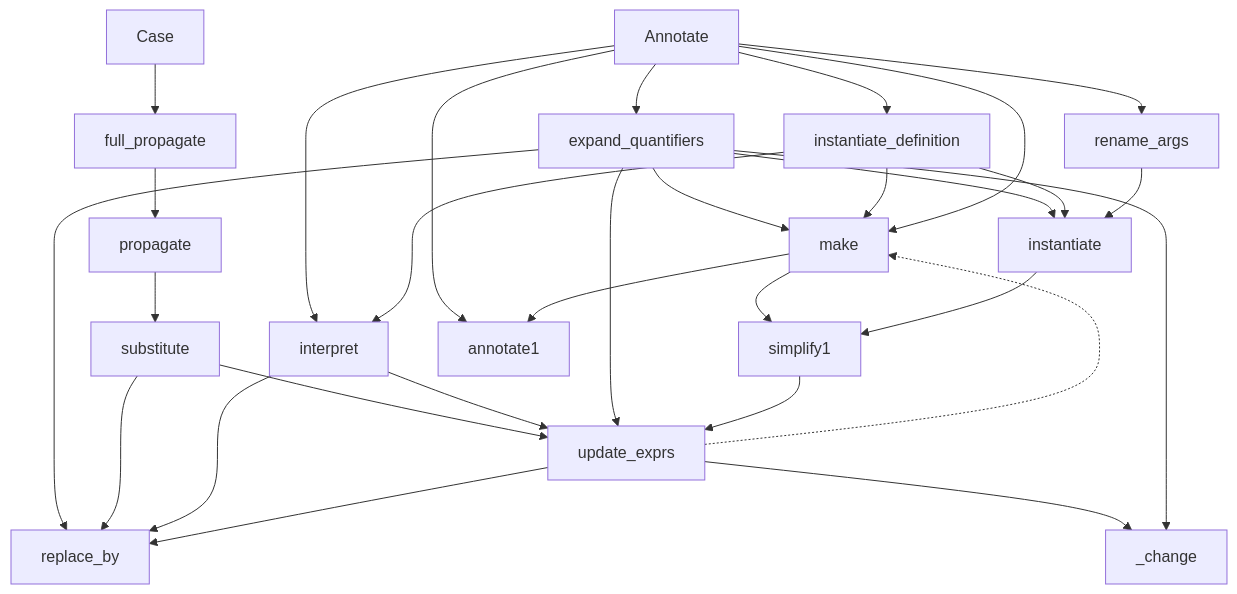
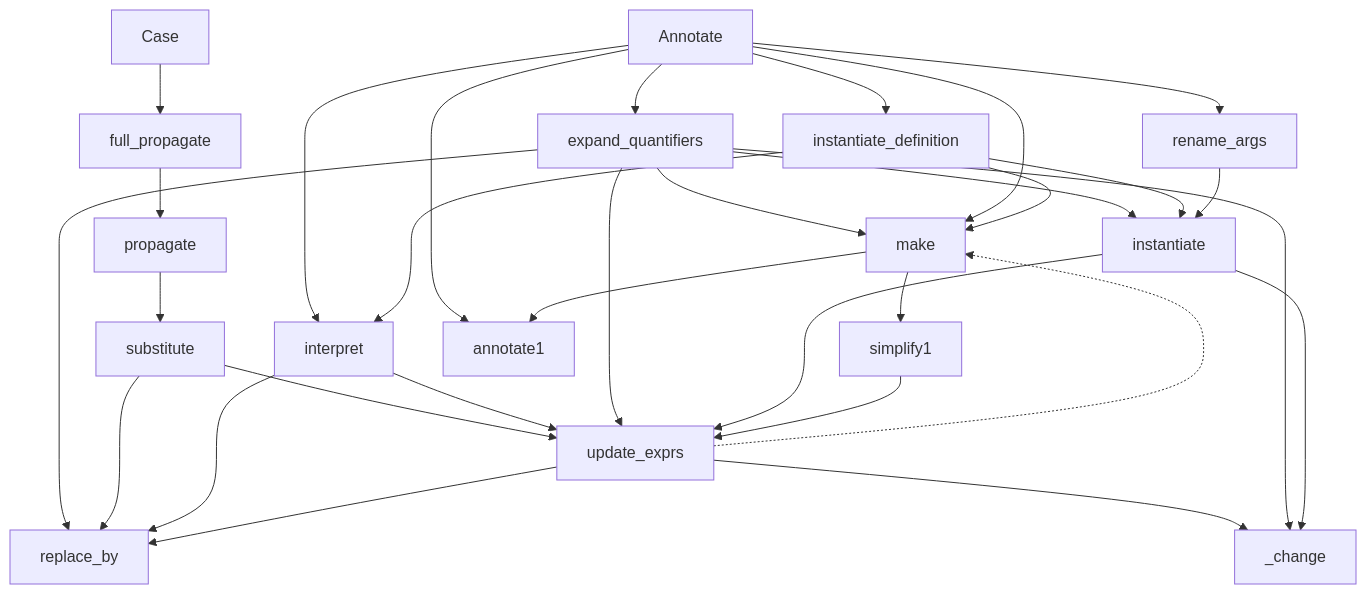
The diagram in docs/zettlr/Substitute.md (Sobhangh/IDP-Z3), drawn with Mermaid before and after one commit. The commit also changed 26 other files, not shown here.

````diff
--- a/docs/zettlr/Substitute.md
+++ b/docs/zettlr/Substitute.md
@@ -10,38 +10,39 @@
 ```mermaid
 graph TD
     expand_quantifiers --> make;
     Annotate --> expand_quantifiers;
     Annotate --> interpret;
     Annotate --> instantiate_definition;
     Annotate --> rename_args;
     
     Case --> full_propagate;
     full_propagate --> propagate;
     propagate --> substitute;
     substitute --> update_exprs;
     
     expand_quantifiers --> instantiate;
     expand_quantifiers --> replace_by;
     interpret --> update_exprs;
     expand_quantifiers --> update_exprs;
     substitute --> replace_by;
     interpret --> replace_by;
 
     update_exprs --> replace_by;
     update_exprs --> _change;
     update_exprs -.-> make;
     make --> simplify1;
     Annotate --> annotate1;
     make --> annotate1;
     
     expand_quantifiers --> _change;
 
     instantiate_definition --> instantiate;
+    instantiate --> _change;
 		    rename_args --> instantiate;
     instantiate_definition --> interpret;
+    Annotate --> make;
     instantiate_definition --> make;
-    Annotate --> make;
-    instantiate --> simplify1;
+    instantiate --> update_exprs;
     simplify1 --> update_exprs;
 
 ```
````
